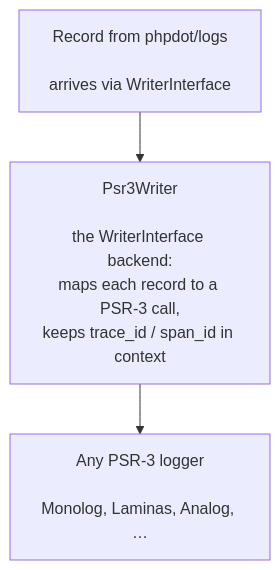
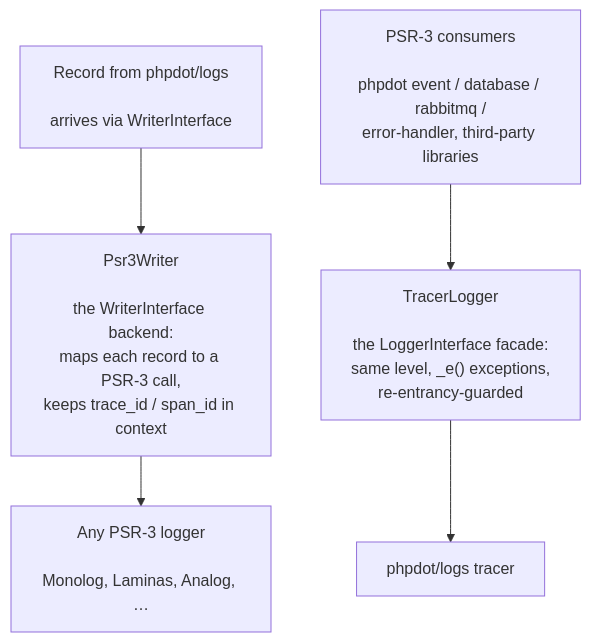
Before and after one commit to phpdot/monorepo: the diagram in packages/psr3-bridge/README.md, drawn with Mermaid. The commit also changed other lines of this file and 695 other files, not shown here.

````diff
--- a/packages/psr3-bridge/README.md
+++ b/packages/psr3-bridge/README.md
@@ -117,7 +144,12 @@
 ```mermaid
 graph TD
     REC["Record from phpdot/logs<br/><br/>arrives via WriterInterface"]
     W["Psr3Writer<br/><br/>the WriterInterface backend:<br/>maps each record to a PSR-3 call,<br/>keeps trace_id / span_id in context"]
     PSR["Any PSR-3 logger<br/><br/>Monolog, Laminas, Analog, …"]
     REC --> W --> PSR
+
+    IN["PSR-3 consumers<br/><br/>phpdot event / database / rabbitmq /<br/>error-handler, third-party libraries"]
+    TL["TracerLogger<br/><br/>the LoggerInterface facade:<br/>same level, _e() exceptions,<br/>re-entrancy-guarded"]
+    TR["phpdot/logs tracer"]
+    IN --> TL --> TR
 ```
````
